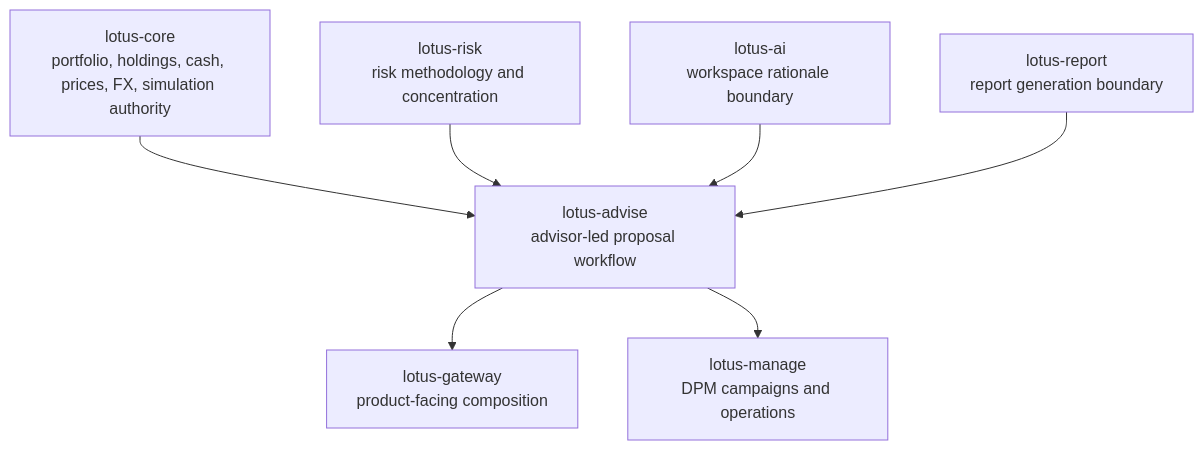
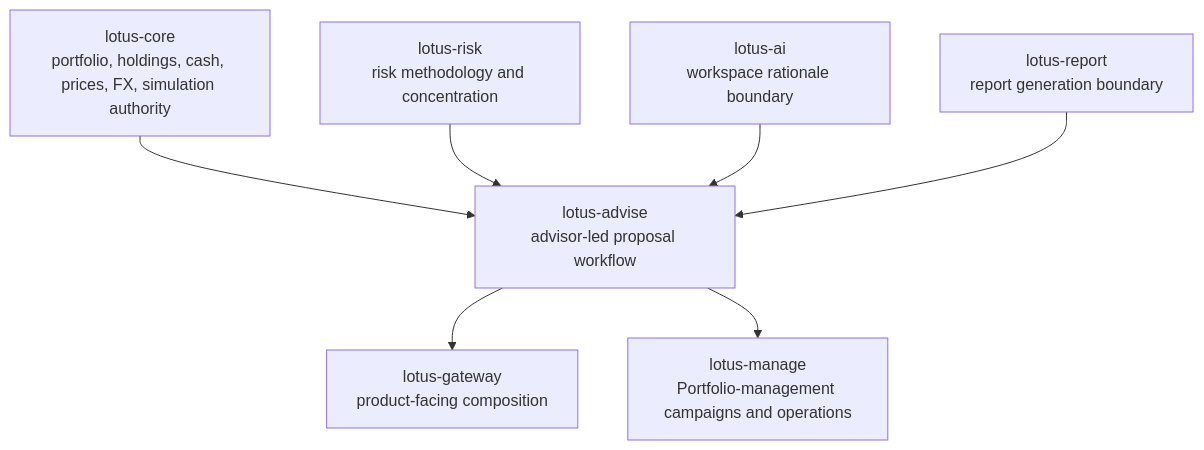
One commit to sgajbi/lotus-advise changed the third of 3 diagrams in wiki/Supported-Features.md. Above: the diagram before and after it, drawn with Mermaid. The commit also changed other lines of this file and 13 other files, not shown here.

Commit message:
docs: refine cockpit portfolio management language

````diff
--- a/wiki/Supported-Features.md
+++ b/wiki/Supported-Features.md
@@ -143,17 +143,17 @@
 ```mermaid
 flowchart TB
     Core[lotus-core<br/>portfolio, holdings, cash, prices, FX, simulation authority]
     Risk[lotus-risk<br/>risk methodology and concentration]
     Advise[lotus-advise<br/>advisor-led proposal workflow]
     Gateway[lotus-gateway<br/>product-facing composition]
-    Manage[lotus-manage<br/>DPM campaigns and operations]
+    Manage[lotus-manage<br/>Portfolio-management campaigns and operations]
     AI[lotus-ai<br/>workspace rationale boundary]
     Report[lotus-report<br/>report generation boundary]
 
     Core --> Advise
     Risk --> Advise
     AI --> Advise
     Report --> Advise
     Advise --> Gateway
     Advise --> Manage
 ```
````
